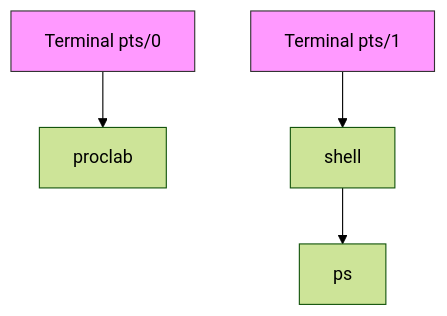
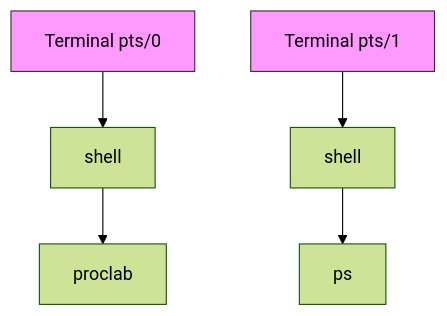
The second of 2 diagrams in docs/activites/terminal.md (manastria/proclab-unix-docs), drawn with Mermaid (forest theme) before and after one commit. The commit also changed other lines of this file, not shown here.

Commit message:
Enhance terminal.md with detailed exploration of ps command options and practical exercises

````diff
--- a/docs/activites/terminal.md
+++ b/docs/activites/terminal.md
@@ -156,8 +156,7 @@
 ```mermaid
 graph TD
-    A[Terminal pts/0] --> B[proclab]
-    C[Terminal pts/1] --> D[shell]
-    D --> E[ps]
+    A[Terminal pts/0] --> F[shell] --> B[proclab]
+    C[Terminal pts/1] --> D[shell] --> E[ps]
     style A fill:#f9f,stroke:#333
     style C fill:#f9f,stroke:#333
 ```
````
